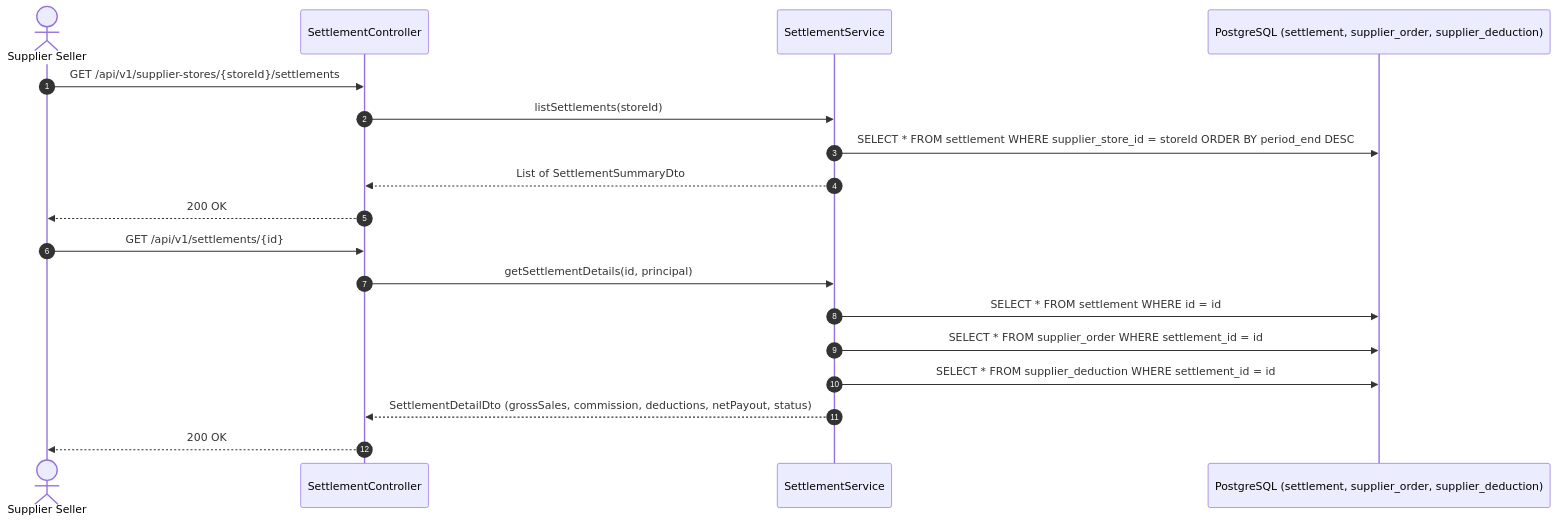
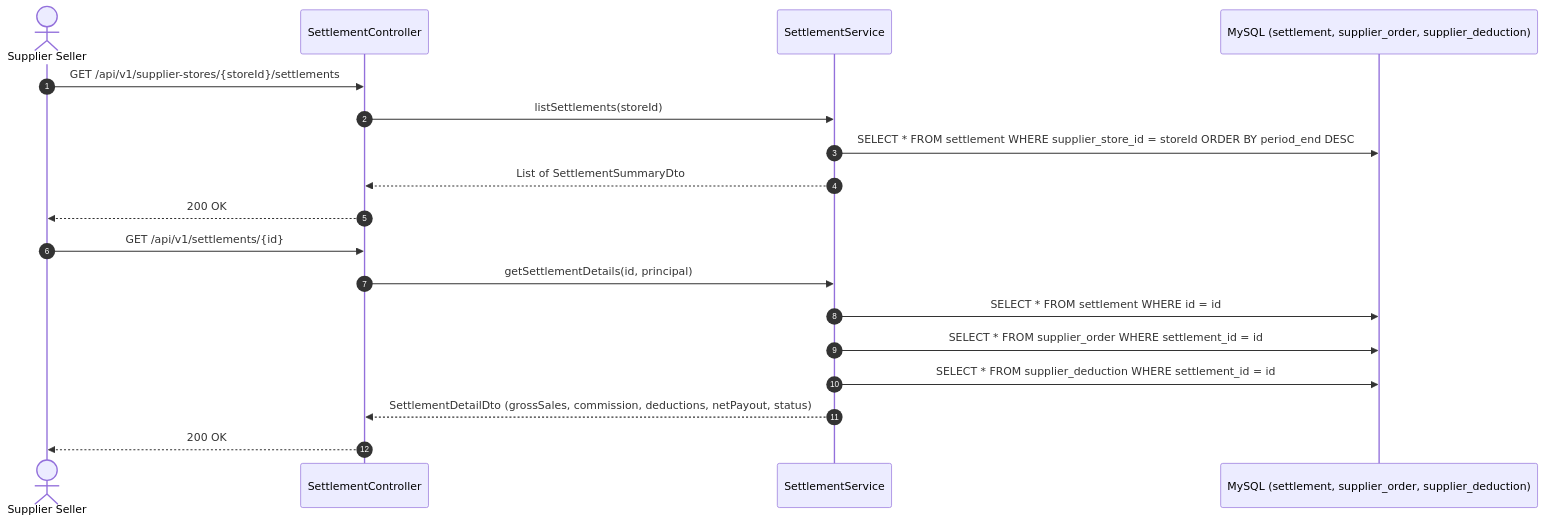
Before and after one commit to narasimha-reddy/costonomy-mp-api: the third of 5 diagrams in docs/architecture/sequence-diagrams/05-credit-and-settlement.md, drawn with Mermaid. The commit also changed other lines of this file and 19 other files, not shown here.

First line of the commit message:
docs(delivery): current state, diagrams, decisions D-204 to D-207, changelog and traceability

````diff
--- a/docs/architecture/sequence-diagrams/05-credit-and-settlement.md
+++ b/docs/architecture/sequence-diagrams/05-credit-and-settlement.md
@@ -69,22 +71,22 @@
 ```mermaid
 sequenceDiagram
     autonumber
     actor Supplier as Supplier Seller
     participant SC as SettlementController
     participant SS as SettlementService
-    participant DB as PostgreSQL (settlement, supplier_order, supplier_deduction)
+    participant DB as MySQL (settlement, supplier_order, supplier_deduction)
 
     Supplier->>SC: GET /api/v1/supplier-stores/{storeId}/settlements
     SC->>SS: listSettlements(storeId)
     SS->>DB: SELECT * FROM settlement WHERE supplier_store_id = storeId ORDER BY period_end DESC
     SS-->>SC: List of SettlementSummaryDto
     SC-->>Supplier: 200 OK
 
     Supplier->>SC: GET /api/v1/settlements/{id}
     SC->>SS: getSettlementDetails(id, principal)
     SS->>DB: SELECT * FROM settlement WHERE id = id
     SS->>DB: SELECT * FROM supplier_order WHERE settlement_id = id
     SS->>DB: SELECT * FROM supplier_deduction WHERE settlement_id = id
     SS-->>SC: SettlementDetailDto (grossSales, commission, deductions, netPayout, status)
     SC-->>Supplier: 200 OK
 ```
````
